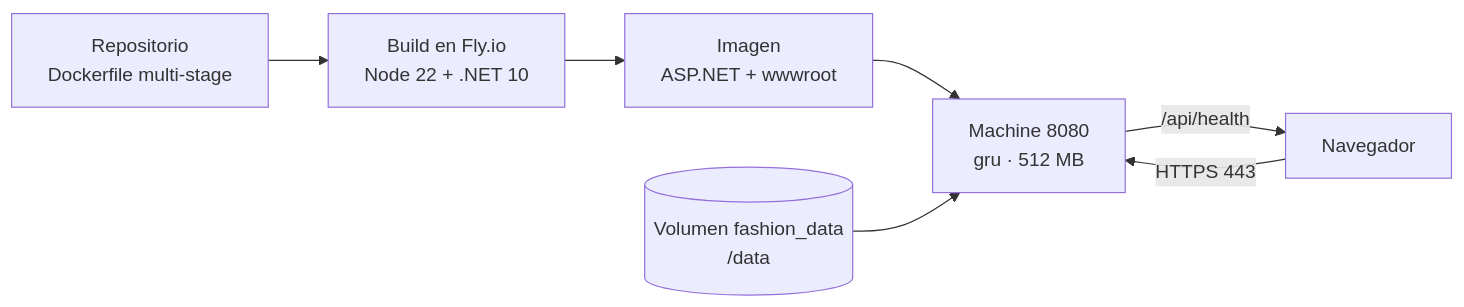
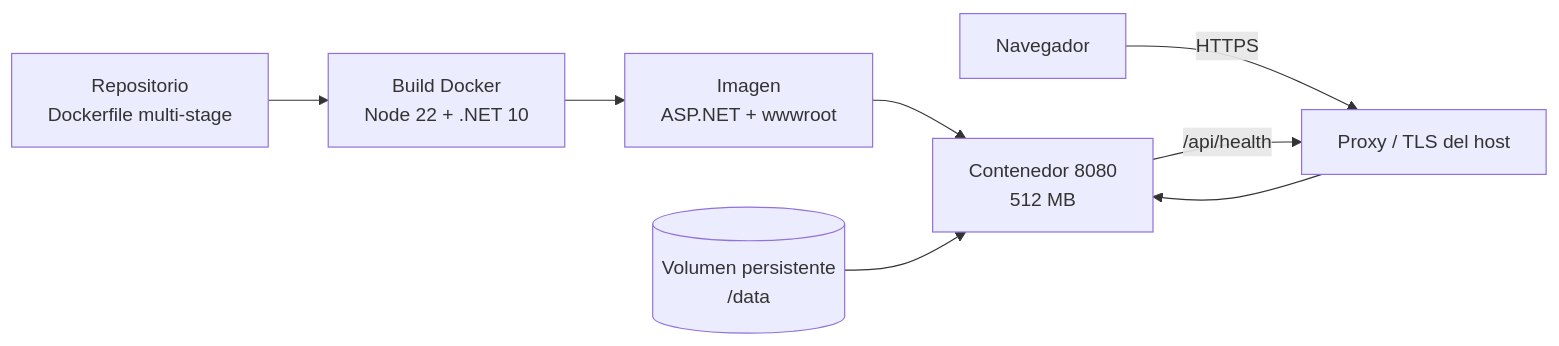
One commit to esdandev/fashion-app changed the second of 2 diagrams in docs/architecture.md. Above: the diagram before and after it, drawn with Mermaid. The commit also changed other lines of this file and 11 other files, not shown here.

````diff
--- a/docs/architecture.md
+++ b/docs/architecture.md
@@ -105,9 +105,10 @@
 ```mermaid
 flowchart LR
-  Repo["Repositorio<br/>Dockerfile multi-stage"] --> Build["Build en Fly.io<br/>Node 22 + .NET 10"]
+  Repo["Repositorio<br/>Dockerfile multi-stage"] --> Build["Build Docker<br/>Node 22 + .NET 10"]
   Build --> Image["Imagen<br/>ASP.NET + wwwroot"]
-  Image --> Machine["Machine 8080<br/>gru · 512 MB"]
-  Volume[("Volumen fashion_data<br/>/data")] --> Machine
-  User["Navegador"] -->|"HTTPS 443"| Machine
-  Machine -->|"/api/health"| User
+  Image --> Container["Contenedor 8080<br/>512 MB"]
+  Volume[("Volumen persistente<br/>/data")] --> Container
+  User["Navegador"] -->|"HTTPS"| Proxy["Proxy / TLS del host"]
+  Proxy --> Container
+  Container -->|"/api/health"| Proxy
 ```
````
